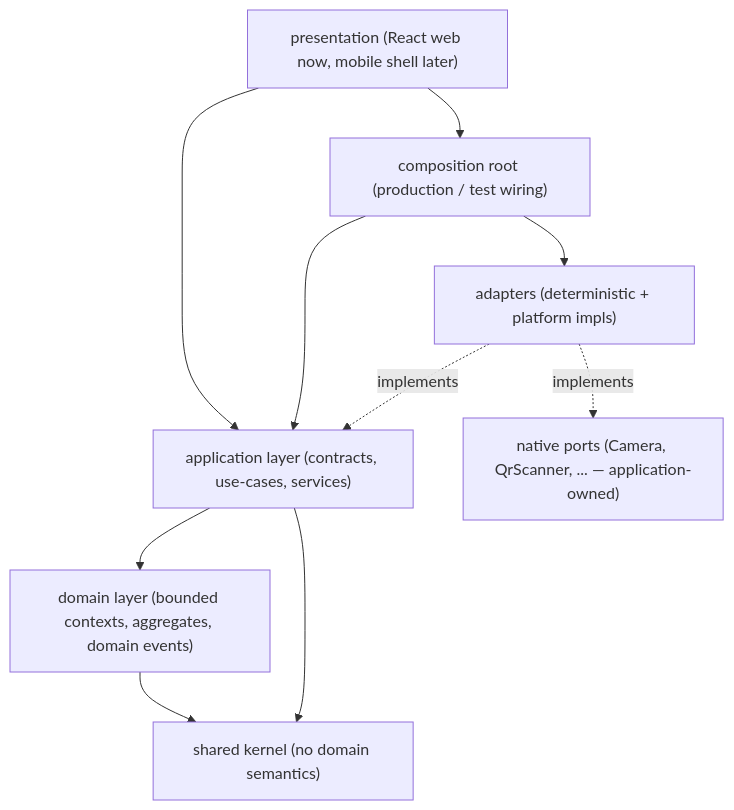
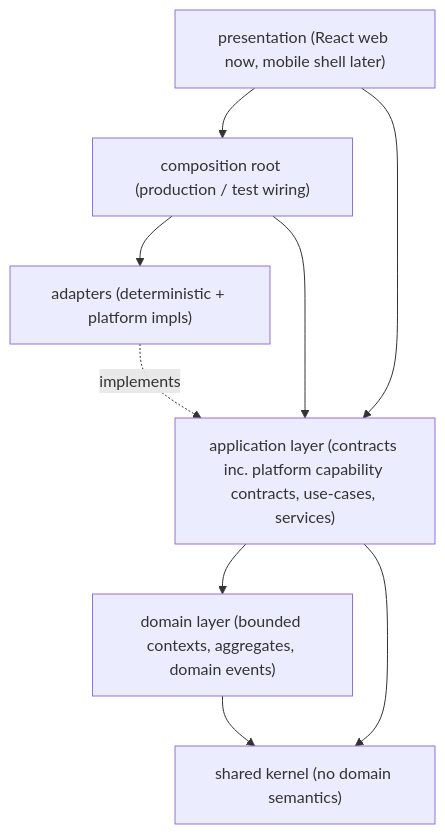
One commit to njaglobal/SportsOS changed the diagram in docs/architecture/dependency-rules.md. Above: the diagram before and after it, drawn with Mermaid. The commit also changed other lines of this file and 45 other files, not shown here.

````diff
--- a/docs/architecture/dependency-rules.md
+++ b/docs/architecture/dependency-rules.md
@@ -18,20 +25,18 @@
 ```mermaid
 flowchart TB
   Shared["shared kernel (no domain semantics)"]
   Domain["domain layer (bounded contexts, aggregates, domain events)"]
-  App["application layer (contracts, use-cases, services)"]
-  NativePorts["native ports (Camera, QrScanner, ... — application-owned)"]
+  App["application layer (contracts inc. platform capability contracts, use-cases, services)"]
   Adapters["adapters (deterministic + platform impls)"]
   Composition["composition root (production / test wiring)"]
   Presentation["presentation (React web now, mobile shell later)"]
 
   Domain --> Shared
   App --> Domain
   App --> Shared
   Adapters -.implements.-> App
-  Adapters -.implements.-> NativePorts
   Composition --> App
   Composition --> Adapters
   Presentation --> App
   Presentation --> Composition
 ```
````
